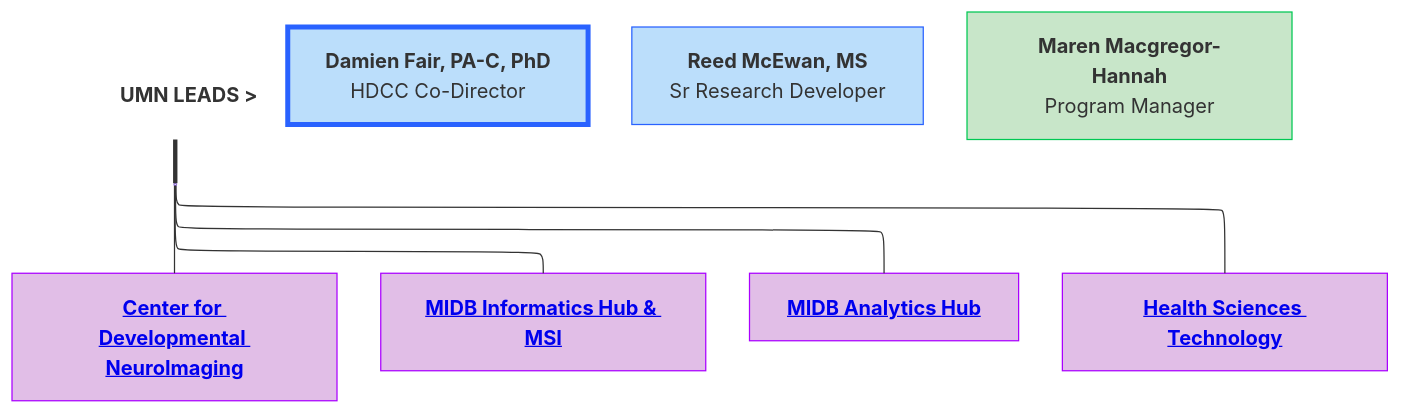
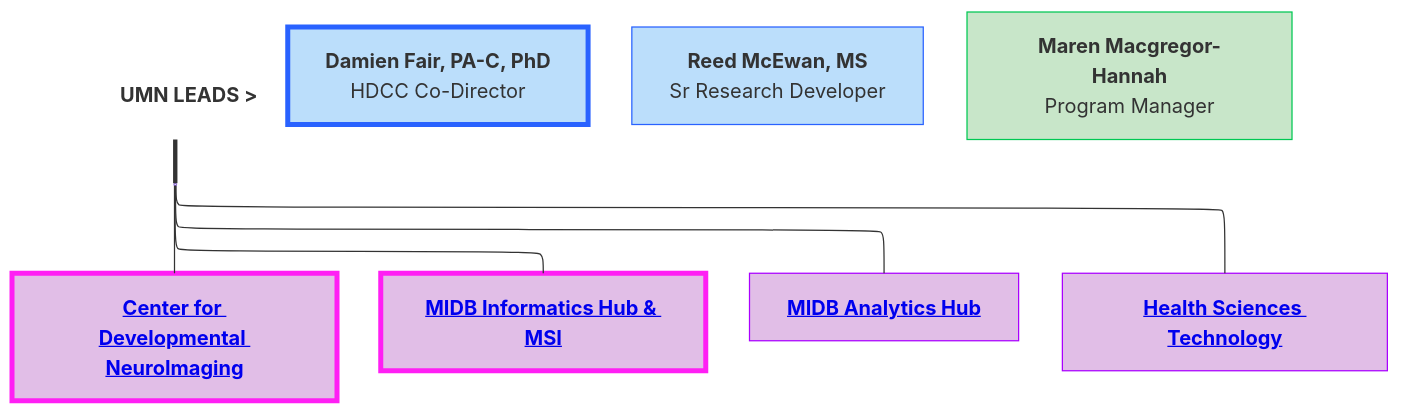
The diagram in docs/orgcharts/mermaid/umn.mmd (DCAN-Labs/hbcd-docs-internal), drawn with Mermaid before and after one commit. The commit also changed 2 other files, not shown here.

Commit message:
umn add release markers to org chart

```diff
--- a/docs/orgcharts/mermaid/umn.mmd
+++ b/docs/orgcharts/mermaid/umn.mmd
@@ -1,23 +1,23 @@
 ---
 config:
   layout: elk
 ---
 flowchart TB
     n5["tuitle"] --- C@{ label: "<a href=\"../orgcharts#center-for-developmental-neuroimaging\" target=\"_top\"><b>Center for Developmental NeuroImaging</b></a>" } & E@{ label: "<a href=\"../orgcharts#midb-informatics-hub-msi\" target=\"_top\"><b>MIDB Informatics Hub &amp; MSI</b></a>" } & D@{ label: "<a href=\"../orgcharts#midb-analytics-hub\" target=\"_top\"><b>MIDB Analytics Hub</b></a>" } & B@{ label: "<a href=\"../orgcharts#health-sciences-technology\" target=\"_top\"><b>Health Sciences Technology</b></a>" }
     n3>"<b><br>UMN LEADS &gt;<br><br></b>"] === n5
     A["<b>Damien Fair, PA-C, PhD</b><br>HDCC Co-Director"]
     A1["<b>Reed McEwan, MS</b><br>Sr Research Developer"]
     n1["<b>Maren Macgregor-Hannah<br></b>Program Manager"]
     n5@{ shape: anchor}
-    style C fill:#E1BEE7,stroke:#AA00FF
-    style E fill:#E1BEE7,stroke:#AA00FF
+    style C fill:#E1BEE7,stroke:#FF1FF4,stroke-width:4px,stroke-dasharray: 0
+    style E fill:#E1BEE7,stroke:#FF1FF4,stroke-width:4px,stroke-dasharray: 0
     style D fill:#E1BEE7,stroke:#AA00FF
     style B fill:#E1BEE7,stroke:#AA00FF
     style n3 fill:transparent,stroke:none,stroke-width:4px
     style A fill:#BBDEFB,stroke:#2962FF,stroke-width:4px
     style A1 fill:#BBDEFB,stroke:#2962FF
     style n1 fill:#C8E6C9,stroke:#00C853
     click C "#center-for-developmental-neuroimaging"
     click E "#midb-informatics-hub-msi"
     click D "#midb-analytics-hub"
     click B "#health-sciences-technology"
```
